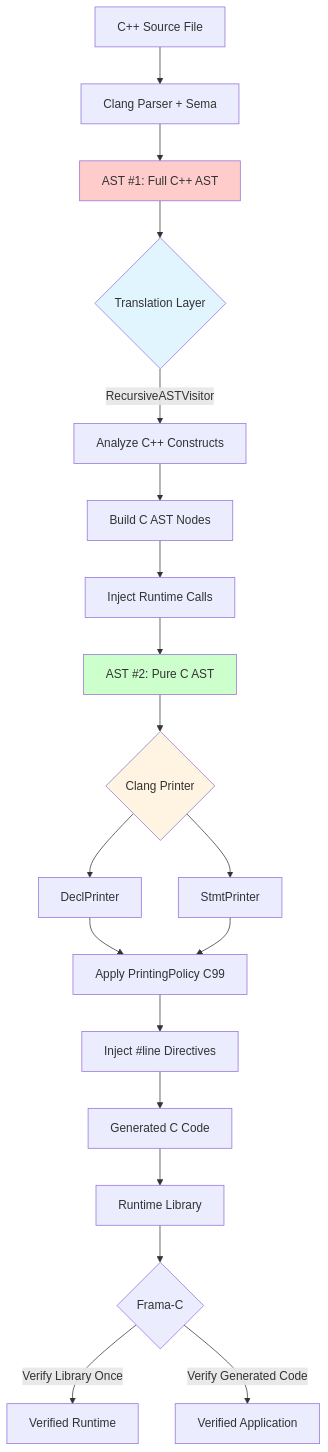
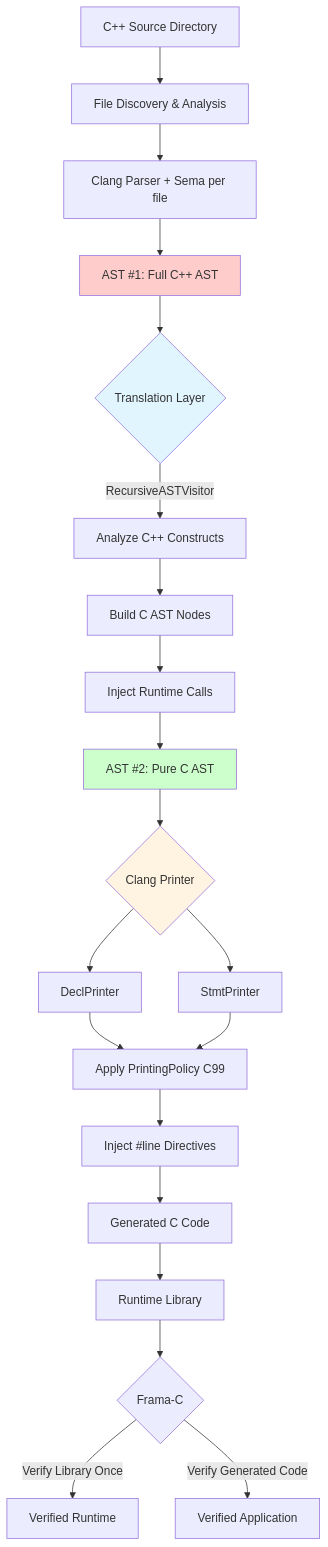
One commit to o2alexanderfedin/cpp-to-c-transpiler changed the second of 15 diagrams in docs/ARCHITECTURE.md. Above: the diagram before and after it, drawn with Mermaid. The commit also changed other lines of this file and 6 other files, not shown here.

First line of the commit message:
feat(phase-32): Fix critical transpiler architecture bug - route to C AST

````diff
--- a/docs/ARCHITECTURE.md
+++ b/docs/ARCHITECTURE.md
@@ -90,30 +106,31 @@
 ```mermaid
 flowchart TD
-    A[C++ Source File] --> B[Clang Parser + Sema]
-    B --> C[AST #1: Full C++ AST]
+    A[C++ Source Directory] --> B[File Discovery & Analysis]
+    B --> C[Clang Parser + Sema per file]
+    C --> D[AST #1: Full C++ AST]
 
-    C --> D{Translation Layer}
-    D --> |RecursiveASTVisitor| E[Analyze C++ Constructs]
-    E --> F[Build C AST Nodes]
-    F --> G[Inject Runtime Calls]
+    D --> E{Translation Layer}
+    E --> |RecursiveASTVisitor| F[Analyze C++ Constructs]
+    F --> G[Build C AST Nodes]
+    G --> H[Inject Runtime Calls]
 
-    G --> H[AST #2: Pure C AST]
+    H --> I[AST #2: Pure C AST]
 
-    H --> I{Clang Printer}
-    I --> J[DeclPrinter]
-    I --> K[StmtPrinter]
-    J --> L[Apply PrintingPolicy C99]
-    K --> L
-    L --> M[Inject #line Directives]
+    I --> J{Clang Printer}
+    J --> K[DeclPrinter]
+    J --> L[StmtPrinter]
+    K --> M[Apply PrintingPolicy C99]
+    L --> M
+    M --> N[Inject #line Directives]
 
-    M --> N[Generated C Code]
-    N --> O[Runtime Library]
-    O --> P{Frama-C}
-    P --> |Verify Library Once| Q[Verified Runtime]
-    P --> |Verify Generated Code| R[Verified Application]
+    N --> O[Generated C Code]
+    O --> P[Runtime Library]
+    P --> Q{Frama-C}
+    Q --> |Verify Library Once| R[Verified Runtime]
+    Q --> |Verify Generated Code| S[Verified Application]
 
-    style C fill:#ffcccc
-    style H fill:#ccffcc
-    style D fill:#e1f5ff
-    style I fill:#fff4e1
+    style D fill:#ffcccc
+    style I fill:#ccffcc
+    style E fill:#e1f5ff
+    style J fill:#fff4e1
 ```
````
